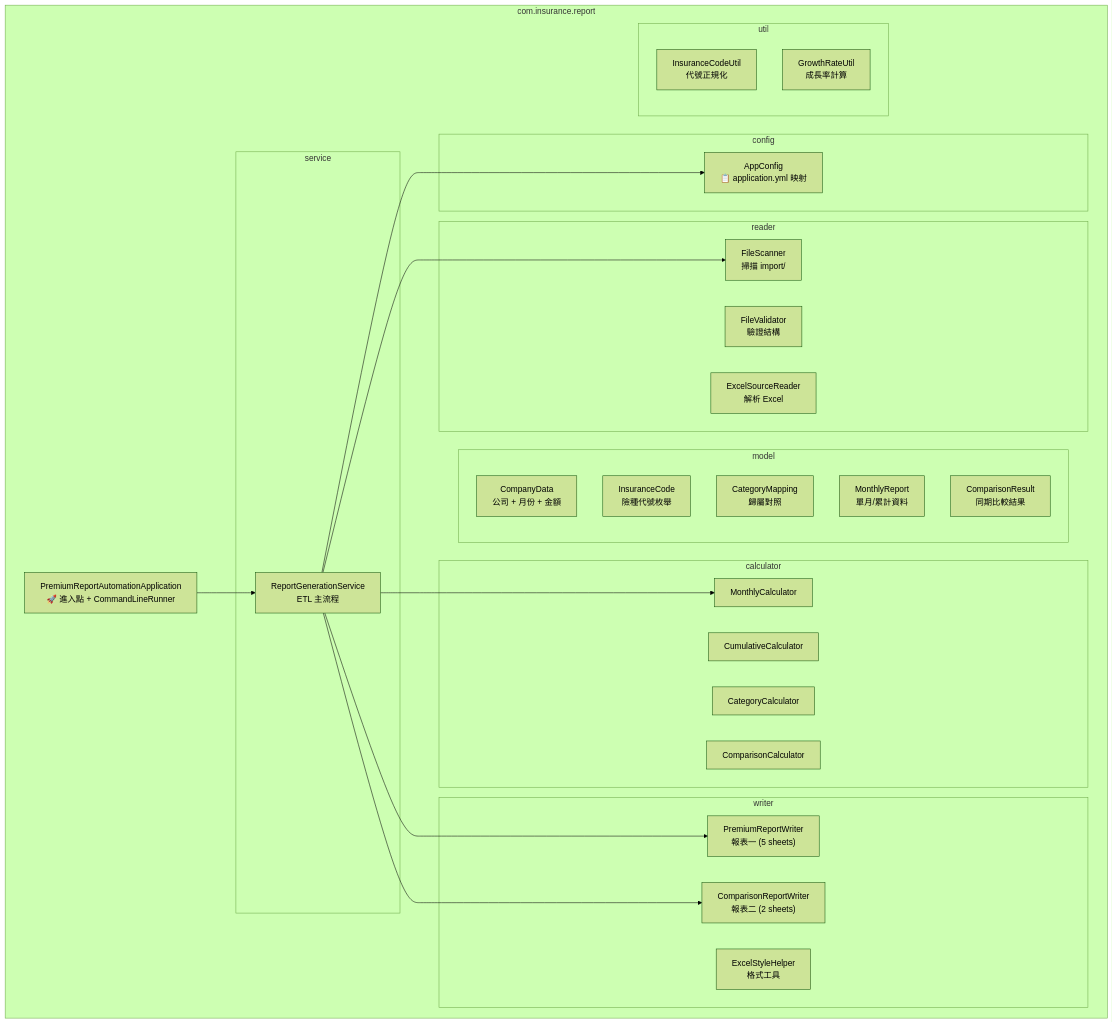
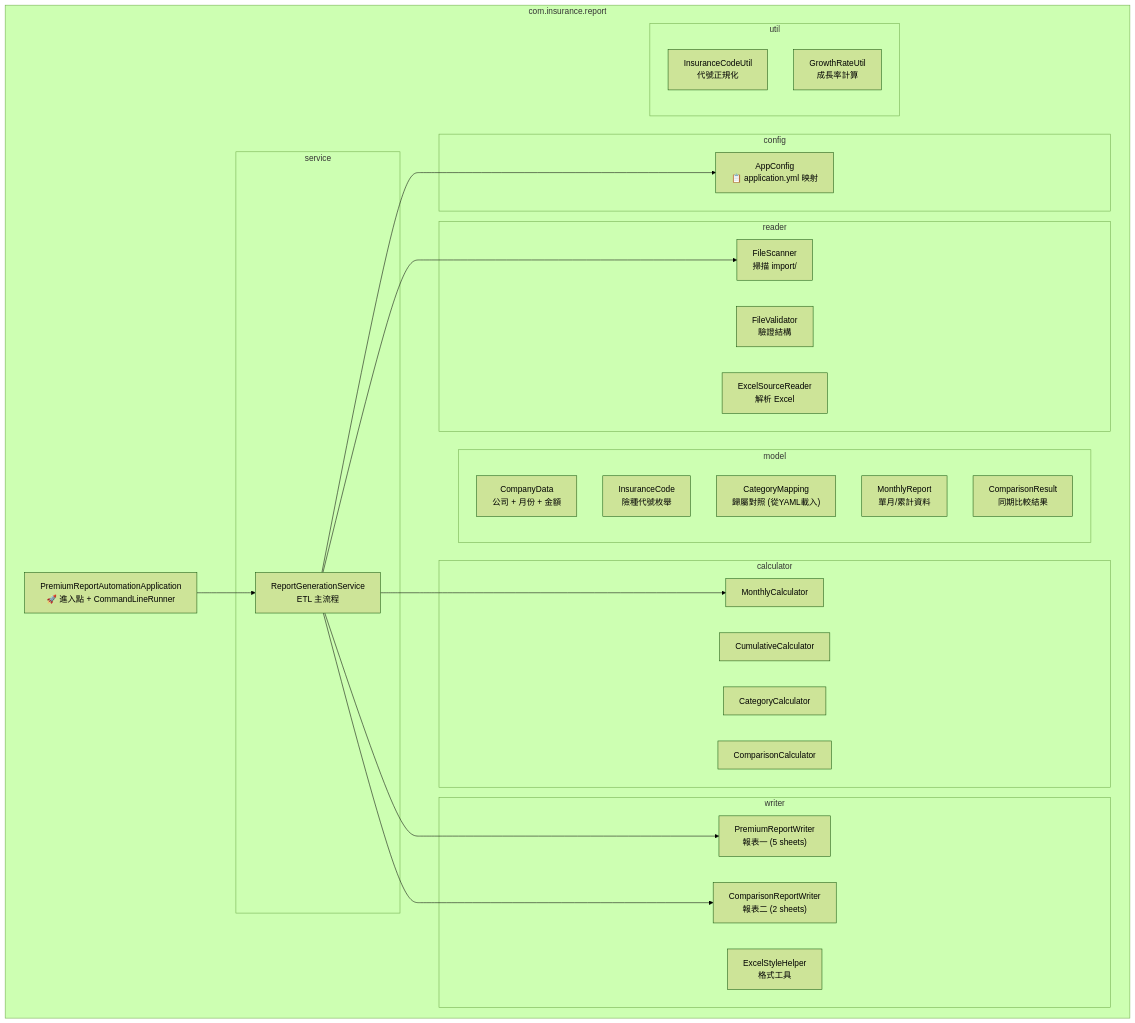
Before and after one commit to seawaterfoods/premium-report-automation: the fifth of 5 diagrams in docs/architecture.md, drawn with Mermaid (forest theme). The commit also changed other lines of this file and 11 other files, not shown here.

````diff
--- a/docs/architecture.md
+++ b/docs/architecture.md
@@ -227,53 +227,53 @@
 ```mermaid
 graph TB
     subgraph com.insurance.report
         APP["PremiumReportAutomationApplication<br/>🚀 進入點 + CommandLineRunner"]
         
         subgraph config
             AC["AppConfig<br/>📋 application.yml 映射"]
         end
         
         subgraph model
             M1["CompanyData<br/>公司 + 月份 + 金額"]
             M2["InsuranceCode<br/>險種代號枚舉"]
-            M3["CategoryMapping<br/>歸屬對照"]
+            M3["CategoryMapping<br/>歸屬對照 (從YAML載入)"]
             M4["MonthlyReport<br/>單月/累計資料"]
             M5["ComparisonResult<br/>同期比較結果"]
         end
         
         subgraph reader
             R1["FileScanner<br/>掃描 import/"]
             R2["FileValidator<br/>驗證結構"]
             R3["ExcelSourceReader<br/>解析 Excel"]
         end
         
         subgraph calculator
             C1["MonthlyCalculator"]
             C2["CumulativeCalculator"]
             C3["CategoryCalculator"]
             C4["ComparisonCalculator"]
         end
         
         subgraph writer
             W1["PremiumReportWriter<br/>報表一 (5 sheets)"]
             W2["ComparisonReportWriter<br/>報表二 (2 sheets)"]
             W3["ExcelStyleHelper<br/>格式工具"]
         end
         
         subgraph service
             SVC["ReportGenerationService<br/>ETL 主流程"]
         end
         
         subgraph util
             U1["InsuranceCodeUtil<br/>代號正規化"]
             U2["GrowthRateUtil<br/>成長率計算"]
         end
     end
     
     APP --> SVC
     SVC --> AC
     SVC --> R1
     SVC --> C1
     SVC --> W1
     SVC --> W2
 ```
````
